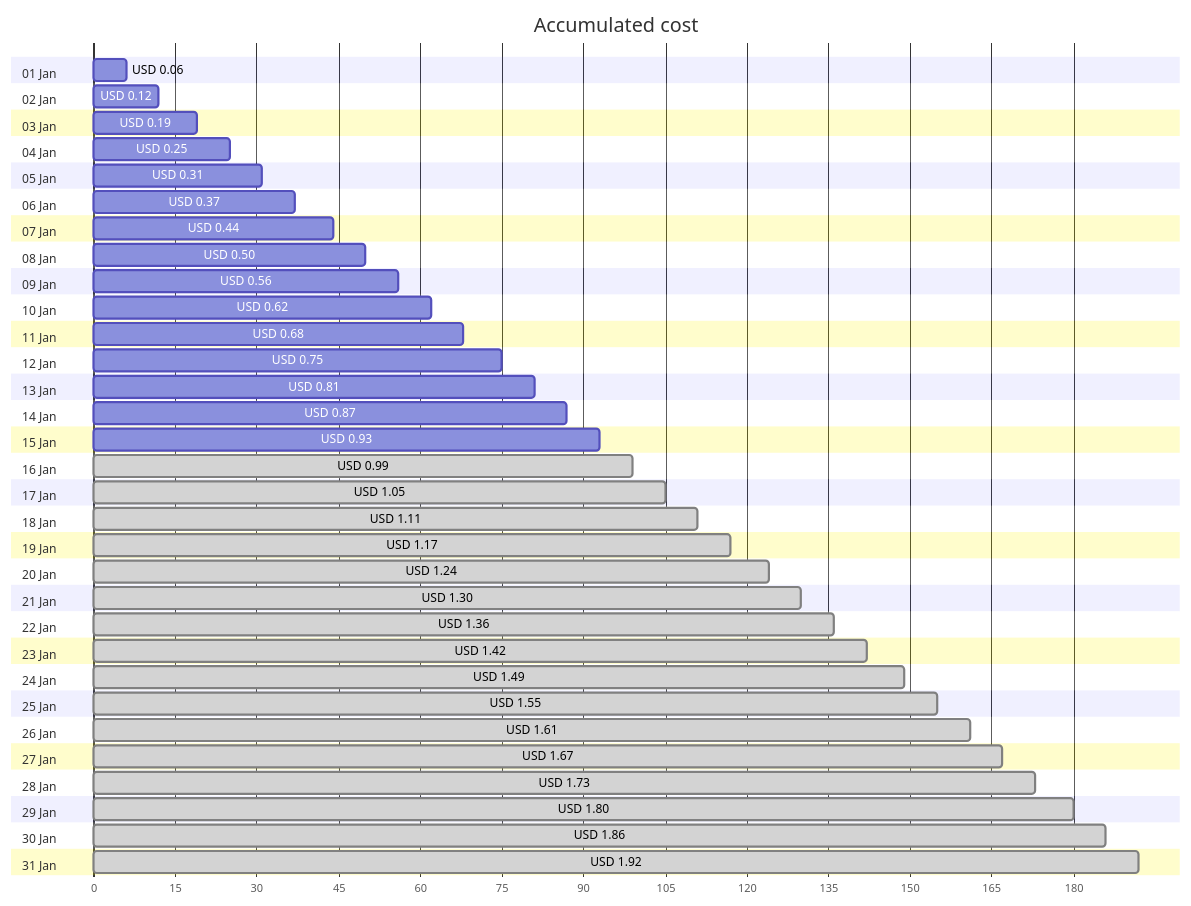
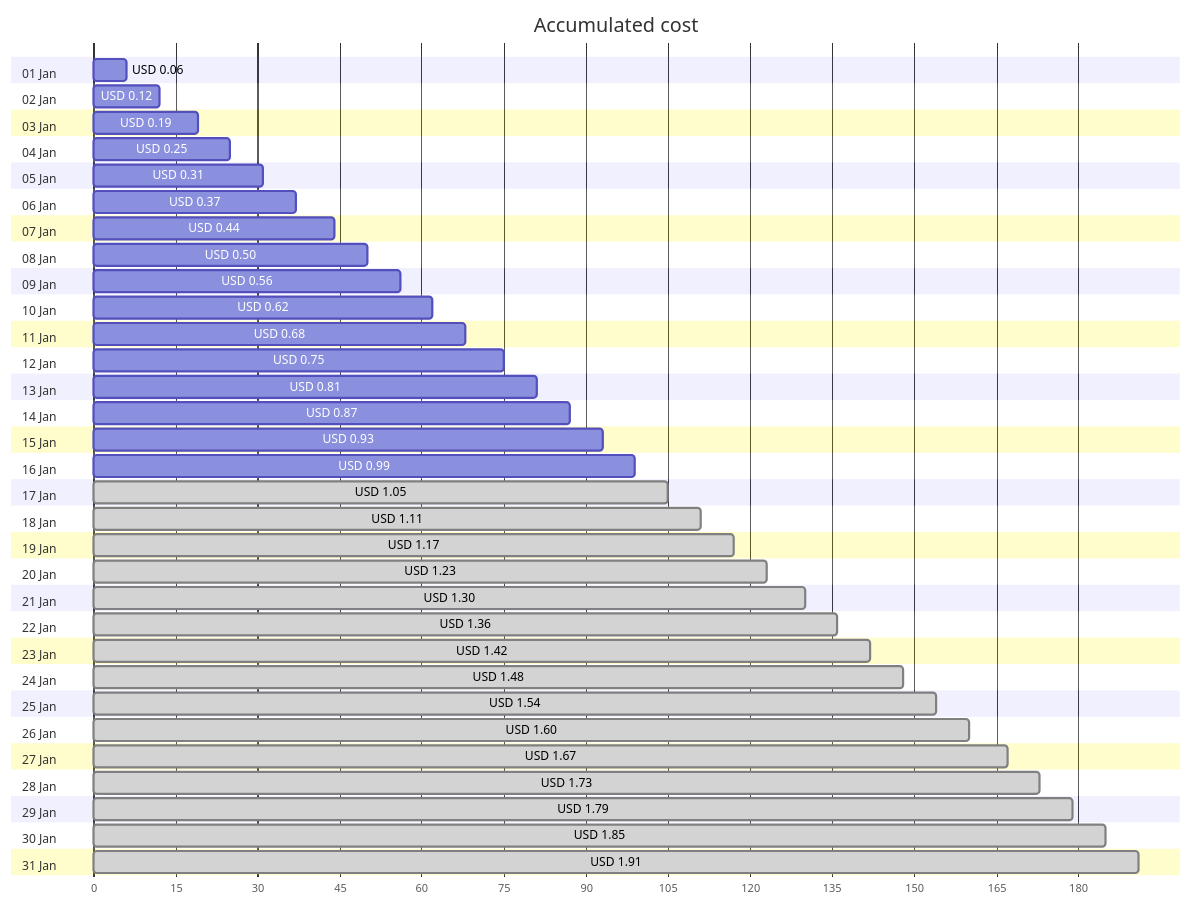
One commit to jpfulton/azure-personal-reports changed the first of 4 diagrams in cost-reports/personal-network/vpn-server_OsDisk.md. Above: the diagram before and after it, drawn with Mermaid. The commit also changed other lines of this file and 8 other files, not shown here.

````diff
--- a/cost-reports/personal-network/vpn-server_OsDisk.md
+++ b/cost-reports/personal-network/vpn-server_OsDisk.md
@@ -20,68 +20,68 @@
 ```mermaid
 gantt
    title Accumulated cost
    dateFormat  X
    axisFormat %s
    section 01 Jan
    USD 0.06 :0, 6
    section 02 Jan
    USD 0.12 :0, 12
    section 03 Jan
    USD 0.19 :0, 19
    section 04 Jan
    USD 0.25 :0, 25
    section 05 Jan
    USD 0.31 :0, 31
    section 06 Jan
    USD 0.37 :0, 37
    section 07 Jan
    USD 0.44 :0, 44
    section 08 Jan
    USD 0.50 :0, 50
    section 09 Jan
    USD 0.56 :0, 56
    section 10 Jan
    USD 0.62 :0, 62
    section 11 Jan
    USD 0.68 :0, 68
    section 12 Jan
    USD 0.75 :0, 75
    section 13 Jan
    USD 0.81 :0, 81
    section 14 Jan
    USD 0.87 :0, 87
    section 15 Jan
    USD 0.93 :0, 93
    section 16 Jan
-   USD 0.99 : done, 0, 99
+   USD 0.99 :0, 99
    section 17 Jan
    USD 1.05 : done, 0, 105
    section 18 Jan
    USD 1.11 : done, 0, 111
    section 19 Jan
    USD 1.17 : done, 0, 117
    section 20 Jan
-   USD 1.24 : done, 0, 124
+   USD 1.23 : done, 0, 123
    section 21 Jan
    USD 1.30 : done, 0, 130
    section 22 Jan
    USD 1.36 : done, 0, 136
    section 23 Jan
    USD 1.42 : done, 0, 142
    section 24 Jan
-   USD 1.49 : done, 0, 149
+   USD 1.48 : done, 0, 148
    section 25 Jan
-   USD 1.55 : done, 0, 155
+   USD 1.54 : done, 0, 154
    section 26 Jan
-   USD 1.61 : done, 0, 161
+   USD 1.60 : done, 0, 160
    section 27 Jan
    USD 1.67 : done, 0, 167
    section 28 Jan
    USD 1.73 : done, 0, 173
    section 29 Jan
-   USD 1.80 : done, 0, 180
+   USD 1.79 : done, 0, 179
    section 30 Jan
-   USD 1.86 : done, 0, 186
+   USD 1.85 : done, 0, 185
    section 31 Jan
-   USD 1.92 : done, 0, 192
+   USD 1.91 : done, 0, 191
 ```
````
